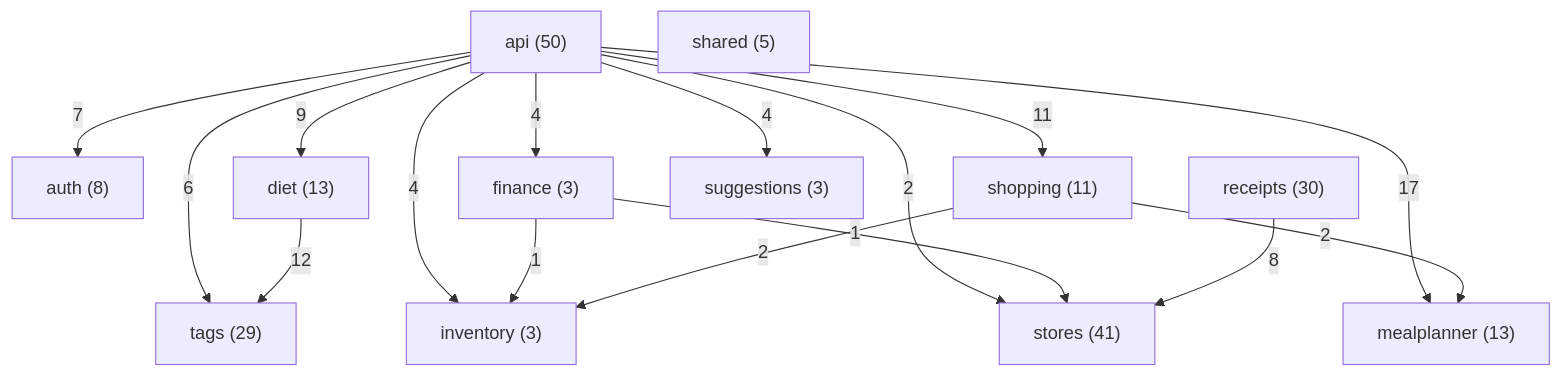
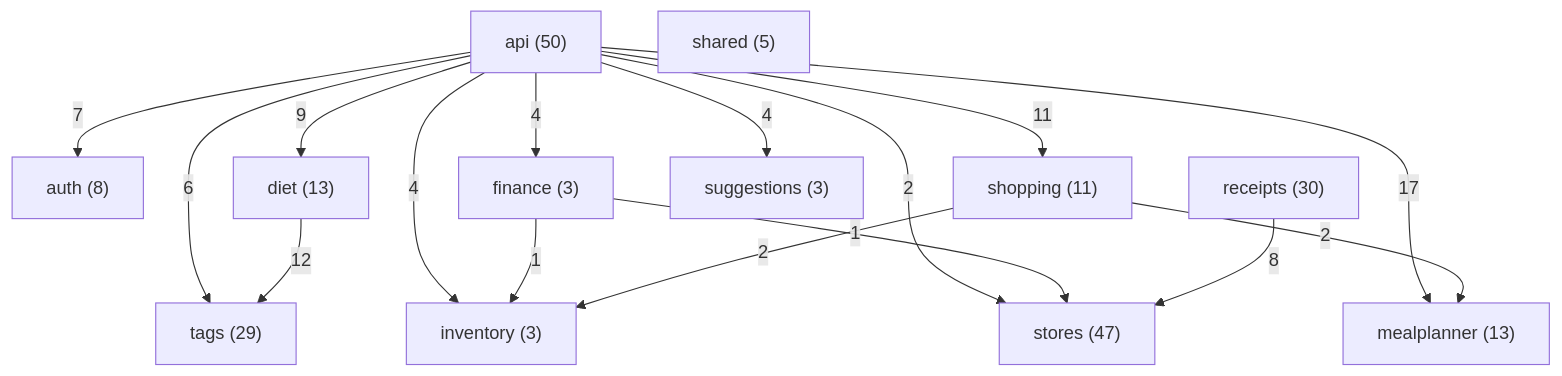
Before and after one commit to Nate-ryan-7690/dahaem: the diagram in docs/classes/README.md, drawn with Mermaid. The commit also changed other lines of this file and 1 other file, not shown here.

````diff
--- a/docs/classes/README.md
+++ b/docs/classes/README.md
@@ -9,30 +9,30 @@
 ```mermaid
 flowchart TD
     api["api (50)"]
     auth["auth (8)"]
     diet["diet (13)"]
     finance["finance (3)"]
     inventory["inventory (3)"]
     mealplanner["mealplanner (13)"]
     receipts["receipts (30)"]
     shared["shared (5)"]
     shopping["shopping (11)"]
-    stores["stores (41)"]
+    stores["stores (47)"]
     suggestions["suggestions (3)"]
     tags["tags (29)"]
     api -->|7| auth
     api -->|9| diet
     api -->|4| finance
     api -->|4| inventory
     api -->|17| mealplanner
     api -->|11| shopping
     api -->|2| stores
     api -->|4| suggestions
     api -->|6| tags
     diet -->|12| tags
     finance -->|1| inventory
     finance -->|1| stores
     receipts -->|8| stores
     shopping -->|2| inventory
     shopping -->|2| mealplanner
 ```
````
